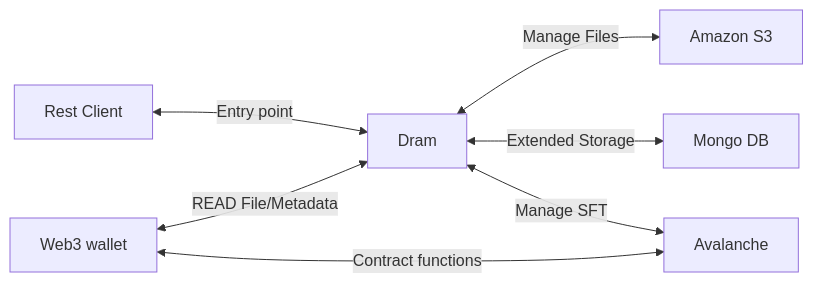
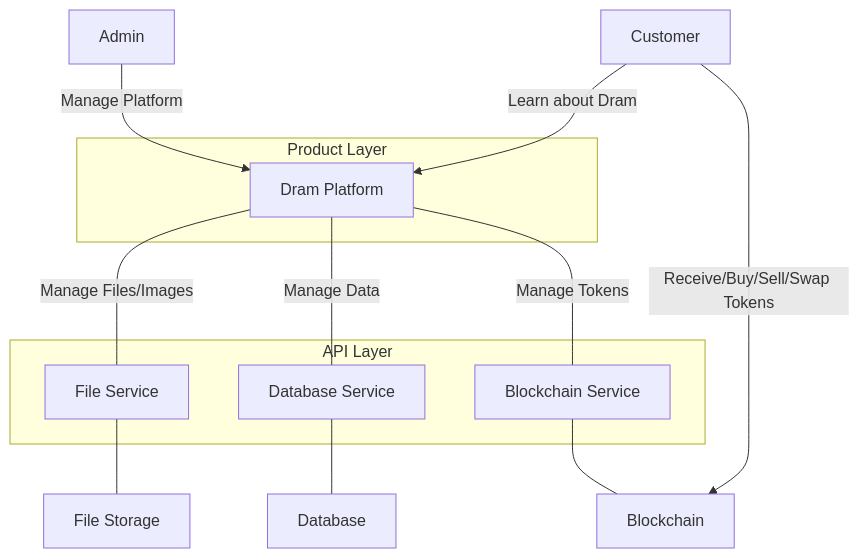
One commit to tom-craven/dram changed the diagram in README.md. Above: the diagram before and after it, drawn with Mermaid. The commit also changed other lines of this file, not shown here.

````diff
--- a/README.md
+++ b/README.md
@@ -36,15 +36,29 @@
 ```mermaid
-flowchart LR
-    wl[Web3 wallet]
-    cl["Rest Client"]
-    dm["Dram"]
-    s3["Amazon S3"]
-    db["Mongo DB"]
-    ax["Avalanche"]
-    wl <-->|READ File/Metadata| dm
-    wl <-->|Contract functions| ax
-    cl <-->|Entry point| dm
-    dm <-->|Manage Files| s3
-    dm <-->|Extended Storage| db
-    dm <-->|Manage SFT| ax
+flowchart TB
+  wl[Customer]
+  cl["Admin"]
+  s3["File Storage"]
+  db["Database"]
+  ax["Blockchain"]
+  wl -->|Learn about Dram| dm
+  wl -->|Receive/Buy/Sell/Swap Tokens| ax
+  cl -->|Manage Platform| dm
+
+  subgraph Product Layer
+    dm["Dram Platform"]
+  end
+
+  subgraph API Layer
+    fs["File Service"]
+    ds["Database Service"]
+    bl["Blockchain Service"]
+  end
+
+  fs --- s3
+  dm ---|Manage Files/Images| fs
+  dm ---|Manage Data| ds
+  dm ---|Manage Tokens| bl
+  ds --- db
+  bl --- ax
+
 ```
````
